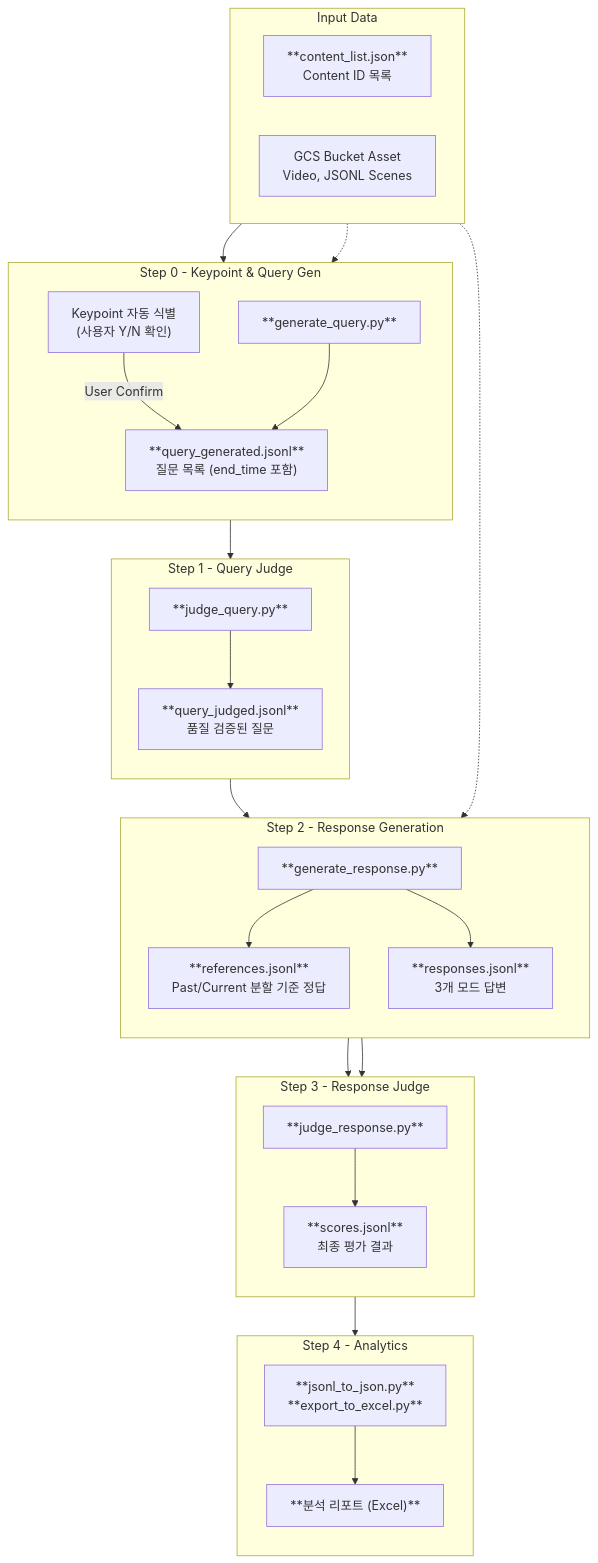
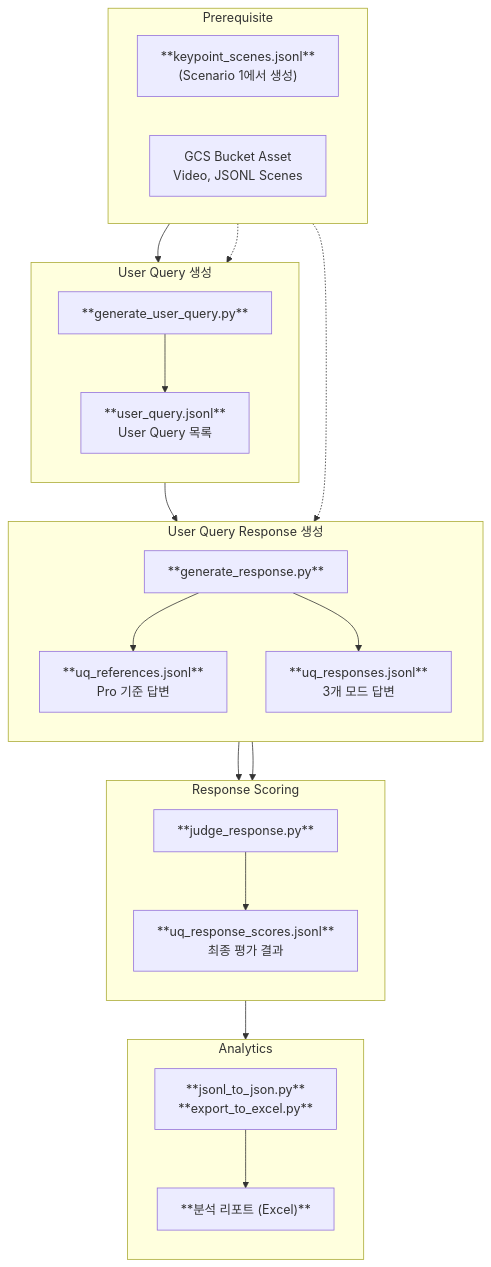
Before and after one commit to obeychoi0120/LLMJudge: the second of 2 diagrams in README.md, drawn with Mermaid. The commit also changed other lines of this file and 11 other files, not shown here.

Commit message:
Completed Bubble Query Generation Pipeline

````diff
--- a/README.md
+++ b/README.md
@@ -13,60 +58,49 @@
 ```mermaid
 flowchart TD
-    subgraph INPUT["Input Data"]
+    subgraph INPUT2["Prerequisite"]
         direction LR
-        CL["**content_list.json**<br/>Content ID 목록"]
-        GCS["GCS Bucket Asset<br/>Video, JSONL Scenes"]
+        KP_IN["**keypoint_scenes.jsonl**<br/>(Scenario 1에서 생성)"]
+        GCS2["GCS Bucket Asset<br/>Video, JSONL Scenes"]
     end
 
-    subgraph STEP0["Step 0 - Keypoint & Query Gen"]
+    subgraph STEP3["User Query 생성"]
         direction TB
-        Q_SCRIPT["**generate_query.py**"]
-        KP["Keypoint 자동 식별<br/>(사용자 Y/N 확인)"]
-        Q_OUT["**query_generated.jsonl**<br/>질문 목록 (end_time 포함)"]
-        KP --> |User Confirm| Q_OUT
+        UQ_SCRIPT["**generate_user_query.py**"]
+        UQ_OUT["**user_query.jsonl**<br/>User Query 목록"]
     end
 
-    subgraph STEP1["Step 1 - Query Judge"]
+    subgraph STEP4["User Query Response 생성"]
         direction TB
-        QJ_SCRIPT["**judge_query.py**"]
-        QJ_OUT["**query_judged.jsonl**<br/>품질 검증된 질문"]
+        R_SCRIPT["**generate_response.py**"]
+        R_REF["**uq_references.jsonl**<br/>Pro 기준 답변"]
+        R_ANS["**uq_responses.jsonl**<br/>3개 모드 답변"]
     end
 
-    subgraph STEP2["Step 2 - Response Generation"]
+    subgraph STEP5["Response Scoring"]
         direction TB
-        R_SCRIPT["**generate_response.py**"]
-        R_OUT1["**references.jsonl**<br/>Past/Current 분할 기준 정답"]
-        R_OUT2["**responses.jsonl**<br/>3개 모드 답변"]
+        RJ_SCRIPT["**judge_response.py**"]
+        RJ_OUT["**uq_response_scores.jsonl**<br/>최종 평가 결과"]
     end
 
-    subgraph STEP3["Step 3 - Response Judge"]
-        direction TB
-        RJ_SCRIPT["**judge_response.py**"]
-        RJ_OUT["**scores.jsonl**<br/>최종 평가 결과"]
-    end
-
-    subgraph STEP4["Step 4 - Analytics"]
+    subgraph STEP6["Analytics"]
         direction TB
         A_SCRIPT["**jsonl_to_json.py**<br/>**export_to_excel.py**"]
         A_OUT["**분석 리포트 (Excel)**"]
     end
 
-    CL --> Q_SCRIPT
-    GCS -.-> Q_SCRIPT
-    Q_SCRIPT --> Q_OUT
-    
-    Q_OUT --> QJ_SCRIPT
-    QJ_SCRIPT --> QJ_OUT
-    
-    QJ_OUT --> R_SCRIPT
-    GCS -.-> R_SCRIPT
-    R_SCRIPT --> R_OUT1
-    R_SCRIPT --> R_OUT2
-    
-    R_OUT1 --> RJ_SCRIPT
-    R_OUT2 --> RJ_SCRIPT
+    KP_IN --> UQ_SCRIPT
+    GCS2 -.-> UQ_SCRIPT
+    UQ_SCRIPT --> UQ_OUT
+
+    UQ_OUT --> R_SCRIPT
+    GCS2 -.-> R_SCRIPT
+    R_SCRIPT --> R_REF
+    R_SCRIPT --> R_ANS
+
+    R_REF --> RJ_SCRIPT
+    R_ANS --> RJ_SCRIPT
     RJ_SCRIPT --> RJ_OUT
-    
+
     RJ_OUT --> A_SCRIPT
     A_SCRIPT --> A_OUT
 ```
````
